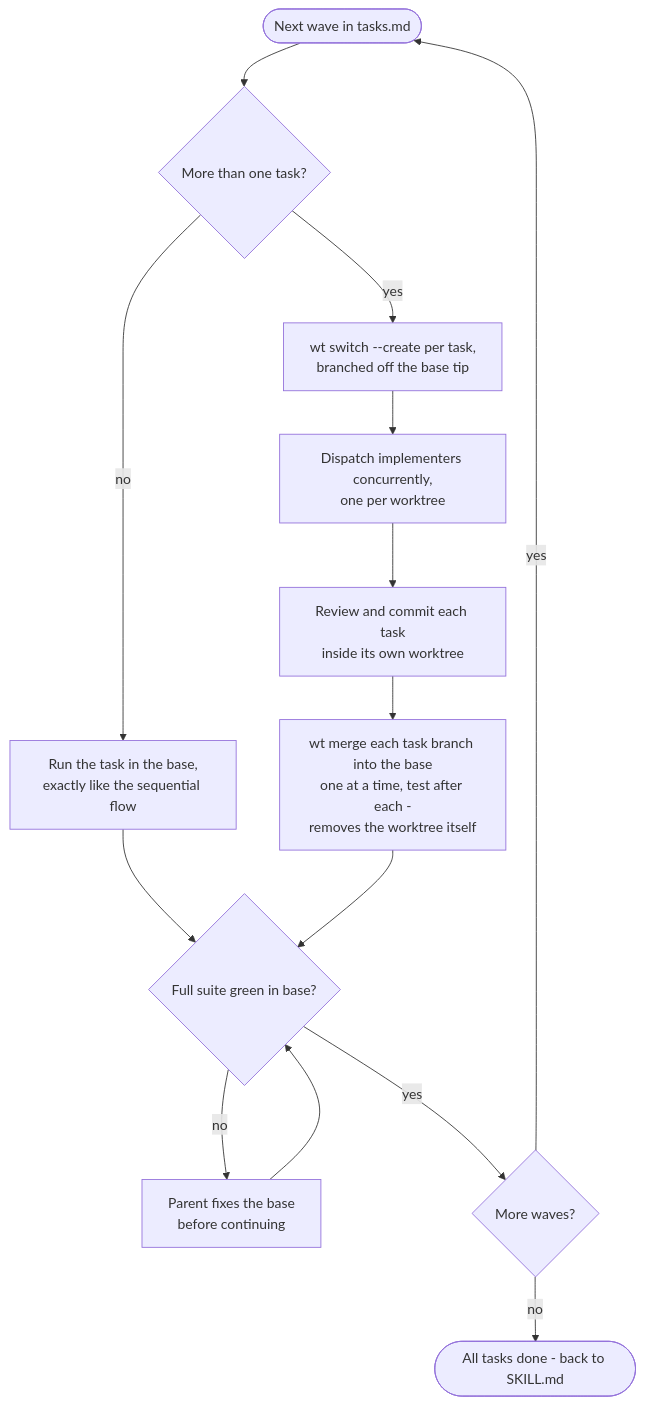
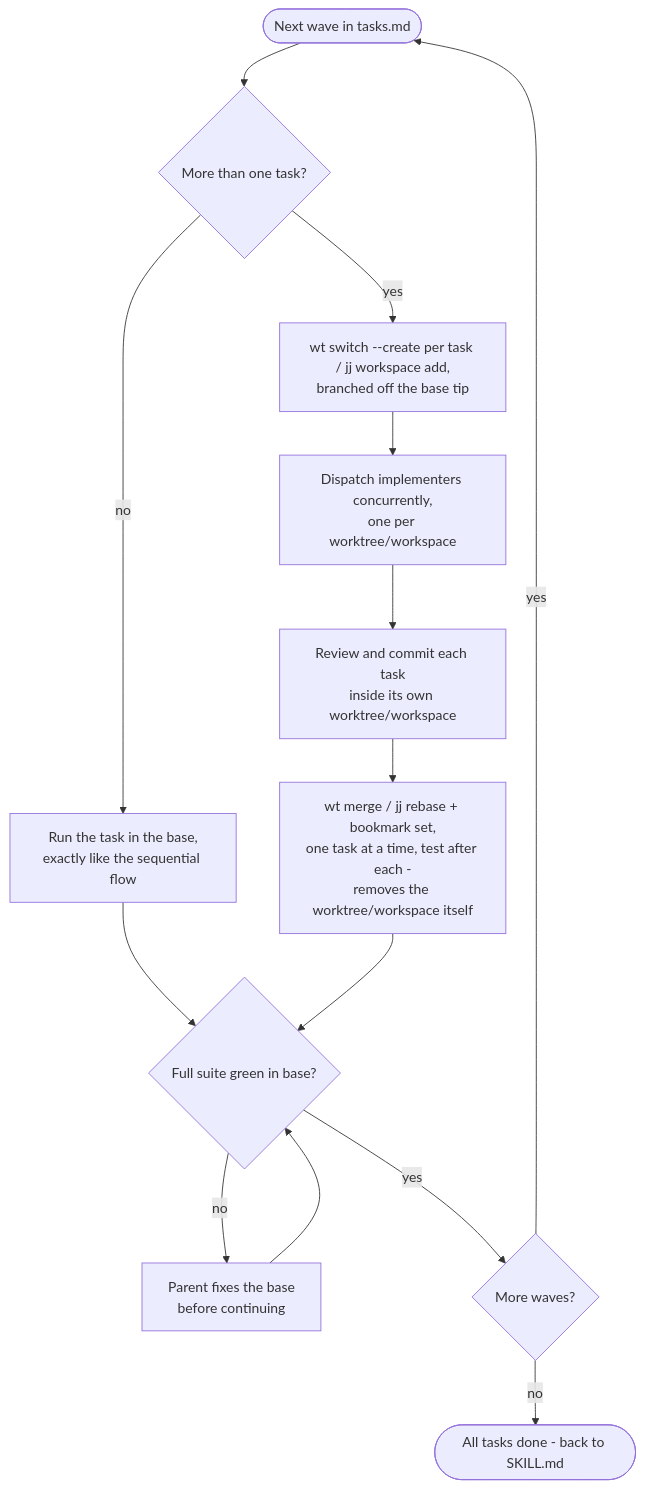
Before and after one commit to ycastorium/bionic-castor: the diagram in skills/implementing-tasks/parallel-subagents-flow.md, drawn with Mermaid. The commit also changed other lines of this file and 2 other files, not shown here.

````diff
--- a/skills/implementing-tasks/parallel-subagents-flow.md
+++ b/skills/implementing-tasks/parallel-subagents-flow.md
@@ -14,16 +16,16 @@
 ```mermaid
 flowchart TD
     Wave([Next wave in tasks.md]) --> Size{More than one task?}
     Size -->|no| Direct[Run the task in the base,<br>exactly like the sequential flow]
     Direct --> Gate
-    Size -->|yes| Fan[wt switch --create per task,<br>branched off the base tip]
-    Fan --> Impl[Dispatch implementers concurrently,<br>one per worktree]
-    Impl --> Rev[Review and commit each task<br>inside its own worktree]
-    Rev --> Merge[wt merge each task branch into the base<br>one at a time, test after each -<br>removes the worktree itself]
+    Size -->|yes| Fan[wt switch --create per task / jj workspace add,<br>branched off the base tip]
+    Fan --> Impl[Dispatch implementers concurrently,<br>one per worktree/workspace]
+    Impl --> Rev[Review and commit each task<br>inside its own worktree/workspace]
+    Rev --> Merge[wt merge / jj rebase + bookmark set,<br>one task at a time, test after each -<br>removes the worktree/workspace itself]
     Merge --> Gate{Full suite green in base?}
     Gate -->|no| Fix[Parent fixes the base<br>before continuing]
     Fix --> Gate
     Gate -->|yes| More{More waves?}
     More -->|yes| Wave
     More -->|no| Done([All tasks done - back to SKILL.md])
 ```
````
